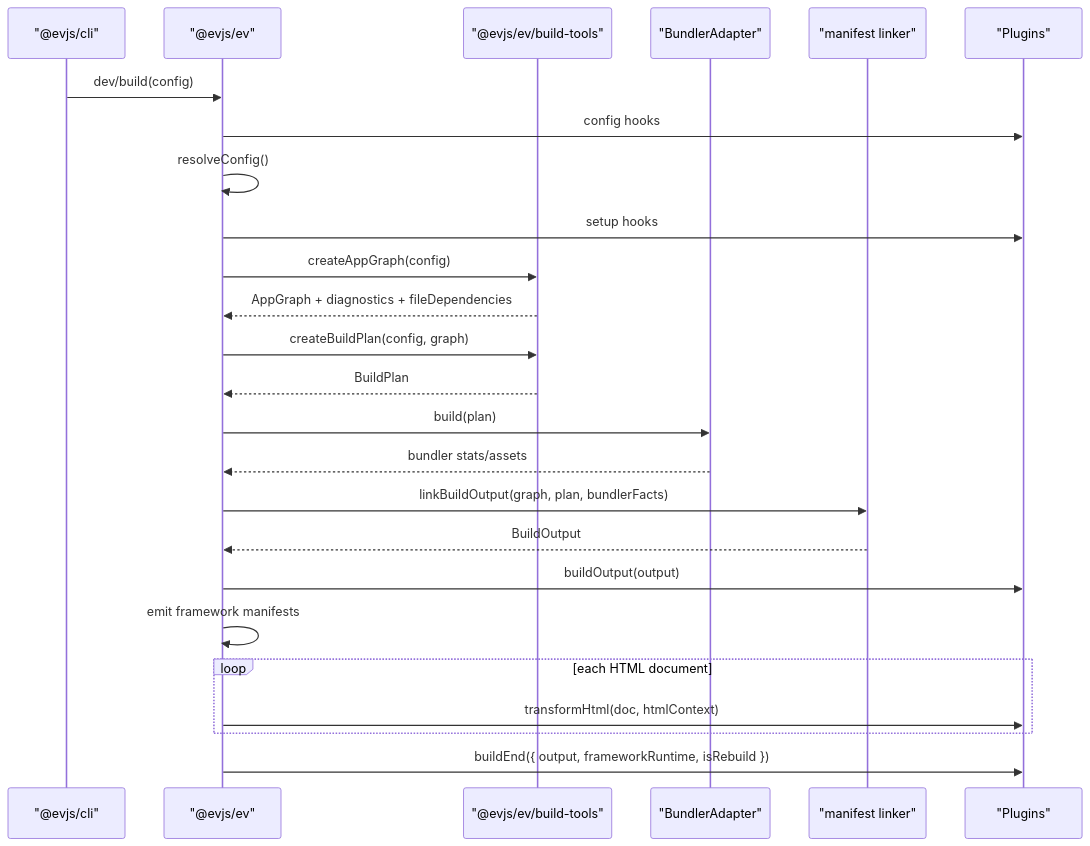
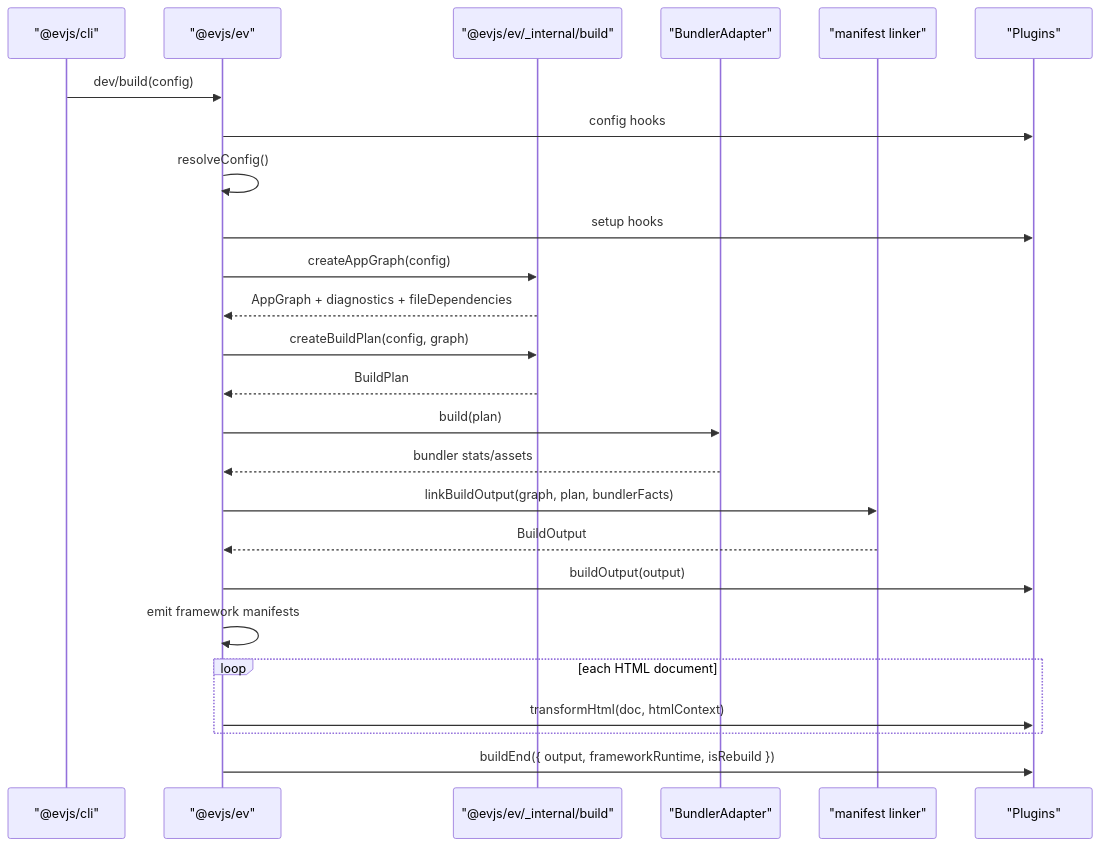
Before and after one commit to binhanchen25-arch/evjs: the first of 3 diagrams in docs/docs/architecture.md, drawn with Mermaid. The commit also changed other lines of this file and 265 other files, not shown here.

````diff
--- a/docs/docs/architecture.md
+++ b/docs/docs/architecture.md
@@ -138,28 +153,28 @@
 ```mermaid
 sequenceDiagram
   participant CLI as "@evjs/cli"
   participant EV as "@evjs/ev"
-  participant Tools as "@evjs/ev/build-tools"
+  participant Tools as "@evjs/ev/_internal/build"
   participant Bundler as "BundlerAdapter"
   participant Manifest as "manifest linker"
   participant Plugins as "Plugins"
 
   CLI->>EV: dev/build(config)
   EV->>Plugins: config hooks
   EV->>EV: resolveConfig()
   EV->>Plugins: setup hooks
   EV->>Tools: createAppGraph(config)
   Tools-->>EV: AppGraph + diagnostics + fileDependencies
   EV->>Tools: createBuildPlan(config, graph)
   Tools-->>EV: BuildPlan
   EV->>Bundler: build(plan)
   Bundler-->>EV: bundler stats/assets
   EV->>Manifest: linkBuildOutput(graph, plan, bundlerFacts)
   Manifest-->>EV: BuildOutput
   EV->>Plugins: buildOutput(output)
   EV->>EV: emit framework manifests
   loop each HTML document
     EV->>Plugins: transformHtml(doc, htmlContext)
   end
   EV->>Plugins: buildEnd({ output, frameworkRuntime, isRebuild })
 ```
````
